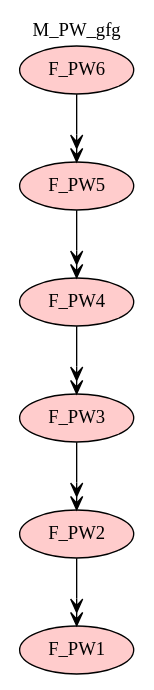
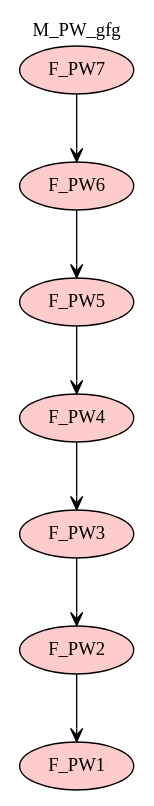
Before and after one commit to namalio/Fragmenta: the diagram in Haskell/FragmentaTests/PetsWorld/img/M_PW_gfg.gv, drawn with Graphviz. The commit also changed 29 other files, not shown here.

```diff
--- a/Haskell/FragmentaTests/PetsWorld/img/M_PW_gfg.gv
+++ b/Haskell/FragmentaTests/PetsWorld/img/M_PW_gfg.gv
@@ -1,14 +1,16 @@
 digraph {graph[label=M_PW_gfg,labelloc=tl,labelfontsize=12];
 "F_PW1"[shape=oval,fillcolor="#FFCCCC",style ="filled",label="F_PW1"];
 "F_PW2"[shape=oval,fillcolor="#FFCCCC",style ="filled",label="F_PW2"];
 "F_PW3"[shape=oval,fillcolor="#FFCCCC",style ="filled",label="F_PW3"];
 "F_PW4"[shape=oval,fillcolor="#FFCCCC",style ="filled",label="F_PW4"];
 "F_PW5"[shape=oval,fillcolor="#FFCCCC",style ="filled",label="F_PW5"];
 "F_PW6"[shape=oval,fillcolor="#FFCCCC",style ="filled",label="F_PW6"];
+"F_PW7"[shape=oval,fillcolor="#FFCCCC",style ="filled",label="F_PW7"];
 
-"F_PW2"->"F_PW1"[label=" ",arrowhead=veevee];
-"F_PW3"->"F_PW2"[label=" ",arrowhead=veevee];
-"F_PW4"->"F_PW3"[label=" ",arrowhead=veevee];
-"F_PW5"->"F_PW4"[label=" ",arrowhead=veevee];
-"F_PW6"->"F_PW5"[label=" ",arrowhead=veevee];
+"F_PW2"->"F_PW1"[label=" ",dir=forward,arrowhead=vee];
+"F_PW3"->"F_PW2"[label=" ",dir=forward,arrowhead=vee];
+"F_PW4"->"F_PW3"[label=" ",dir=forward,arrowhead=vee];
+"F_PW5"->"F_PW4"[label=" ",dir=forward,arrowhead=vee];
+"F_PW6"->"F_PW5"[label=" ",dir=forward,arrowhead=vee];
+"F_PW7"->"F_PW6"[label=" ",dir=forward,arrowhead=vee];
 }
```
